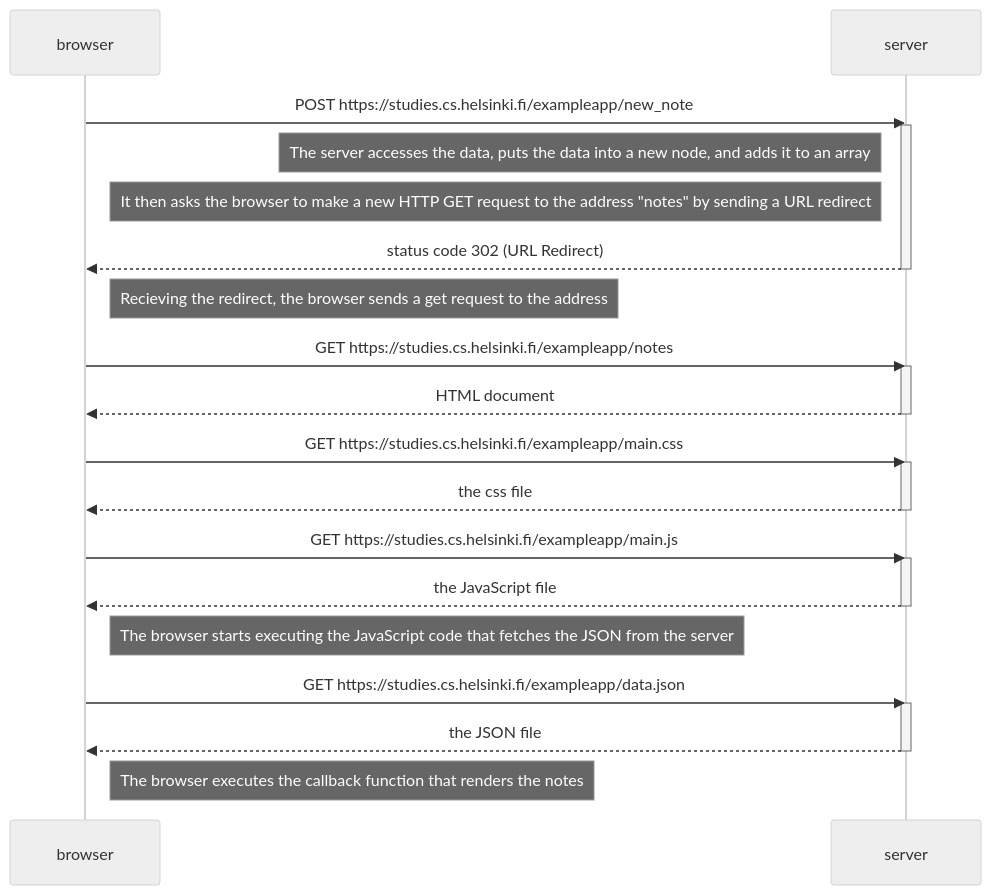
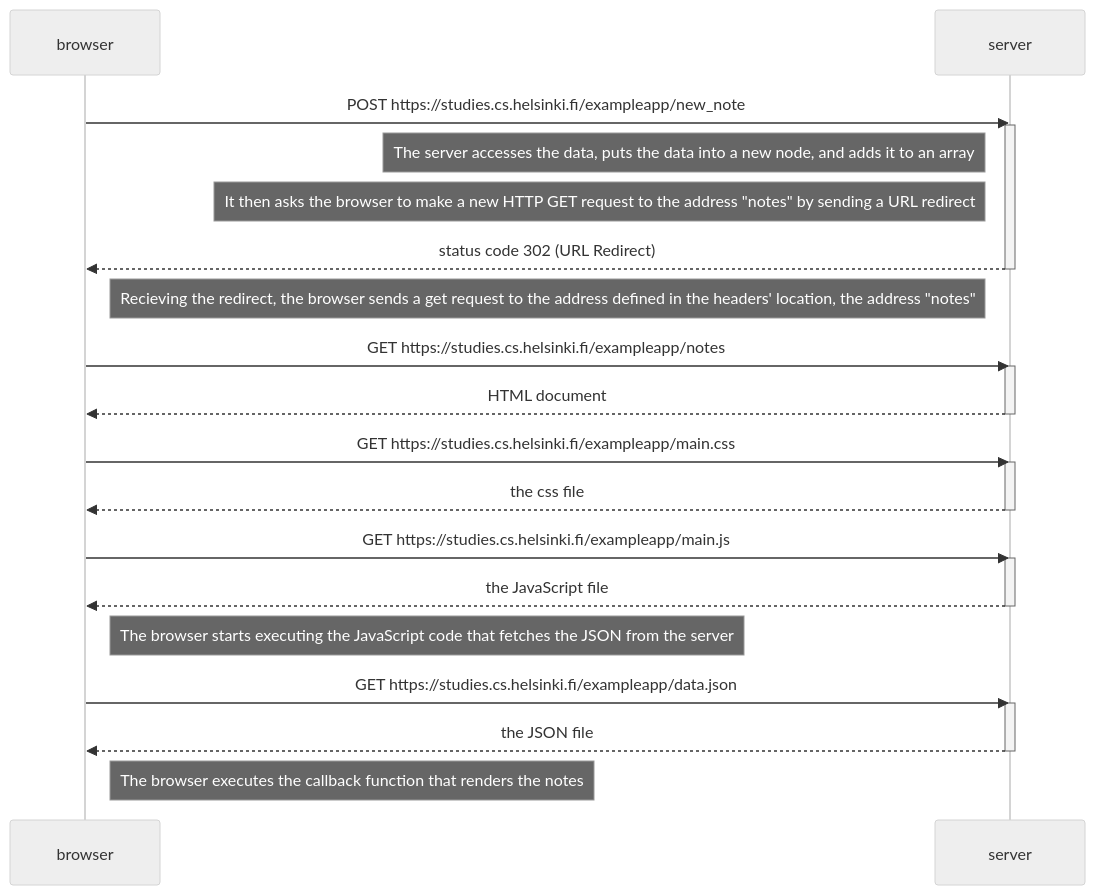
One commit to TeodorusP/Full-Stack-Open-Assignments changed the diagram in 0.4.md. Above: the diagram before and after it, drawn with Mermaid (neutral theme).

Commit message:
Update 0.4.md
added the address

````diff
--- a/0.4.md
+++ b/0.4.md
@@ -1,40 +1,40 @@
 ```mermaid
     sequenceDiagram
     participant browser
     participant server
 
     browser->>server: POST https://studies.cs.helsinki.fi/exampleapp/new_note
     activate server
 
     Note left of server: The server accesses the data, puts the data into a new node, and adds it to an array
     Note left of server: It then asks the browser to make a new HTTP GET request to the address "notes" by sending a URL redirect
 
     server-->>browser: status code 302 (URL Redirect)
     deactivate server
 
-    Note right of browser: Recieving the redirect, the browser sends a get request to the address
+    Note right of browser: Recieving the redirect, the browser sends a get request to the address defined in the headers' location, the address "notes"
 
     browser->>server: GET https://studies.cs.helsinki.fi/exampleapp/notes
     activate server
     server-->>browser: HTML document
     deactivate server
 
     browser->>server: GET https://studies.cs.helsinki.fi/exampleapp/main.css
     activate server
     server-->>browser: the css file
     deactivate server
 
     browser->>server: GET https://studies.cs.helsinki.fi/exampleapp/main.js
     activate server
     server-->>browser: the JavaScript file
     deactivate server
 
     Note right of browser: The browser starts executing the JavaScript code that fetches the JSON from the server
 
     browser->>server: GET https://studies.cs.helsinki.fi/exampleapp/data.json
     activate server
     server-->>browser: the JSON file
     deactivate server
 
     Note right of browser: The browser executes the callback function that renders the notes
 ```
````
